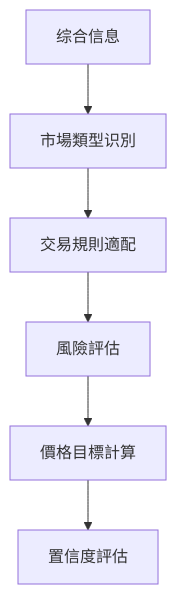
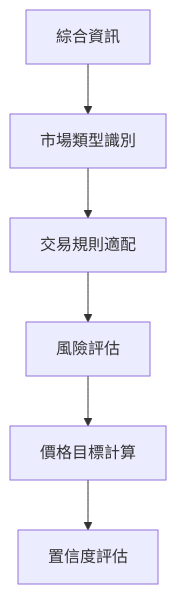
The second of 3 diagrams in docs/agents/v0.1.13/trader.md (aiinpocket/TradingAgents-CN), drawn with Mermaid before and after one commit. The commit also changed other lines of this file and 277 other files, not shown here.

````diff
--- a/docs/agents/v0.1.13/trader.md
+++ b/docs/agents/v0.1.13/trader.md
@@ -274,8 +268,8 @@
 ```mermaid
 graph TB
-    A[综合信息] --> B[市場類型识別]
+    A[綜合資訊] --> B[市場類型識別]
     B --> C[交易規則適配]
     C --> D[風險評估]
     D --> E[價格目標計算]
     E --> F[置信度評估]
 ```
````
